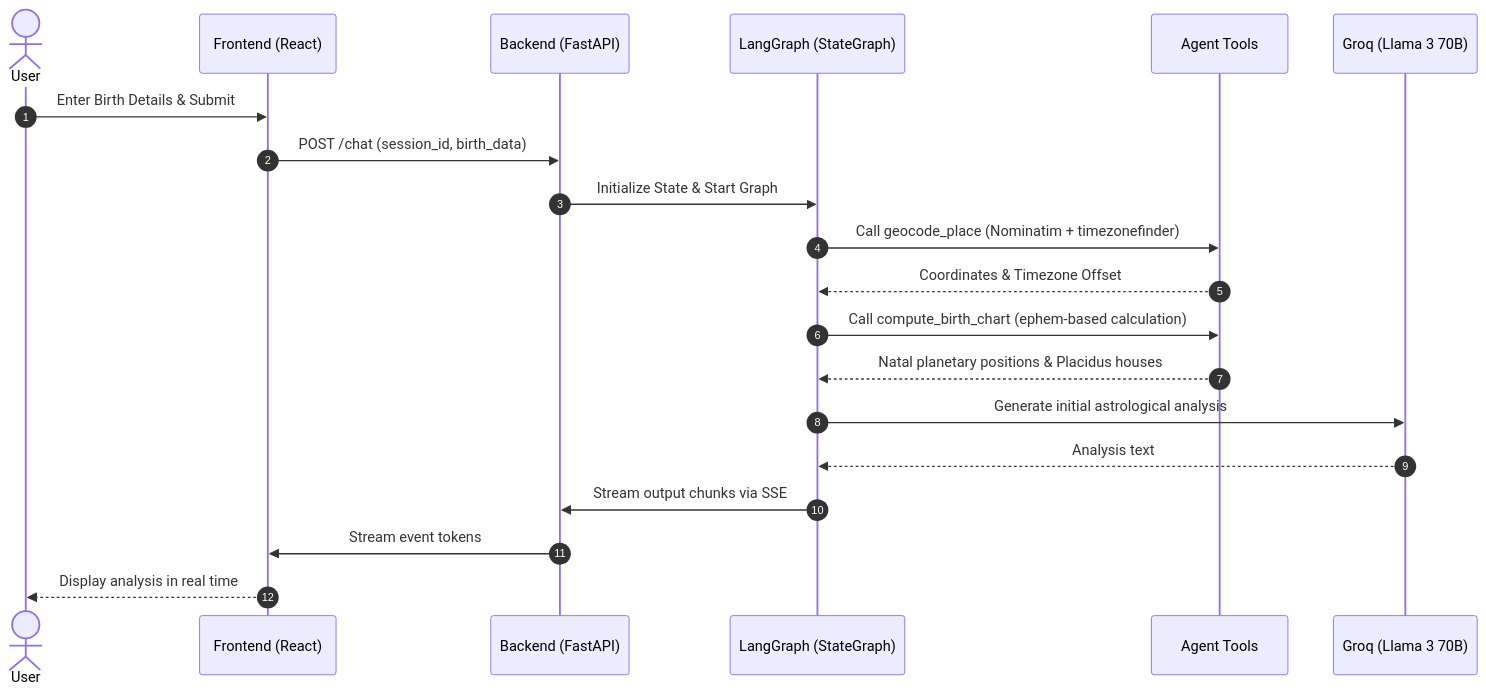
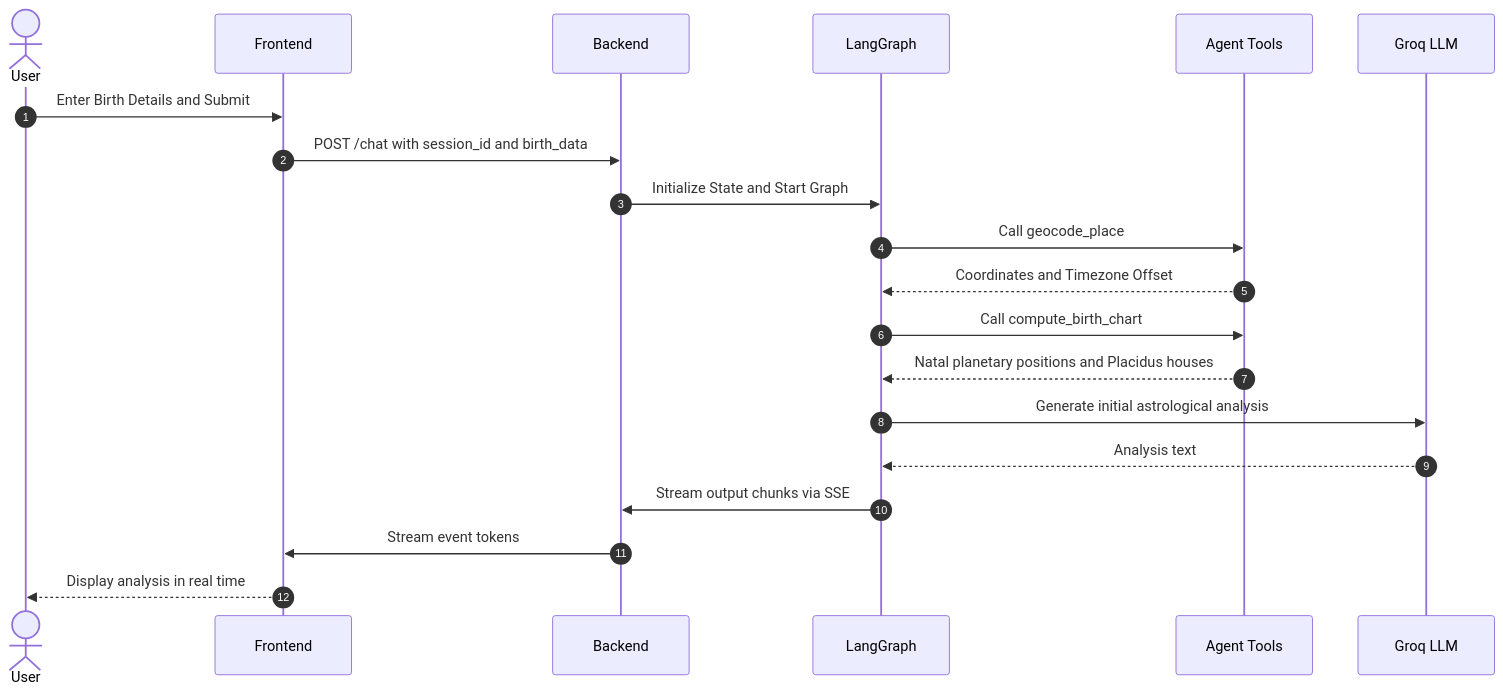
One commit to snehapandit2006/Aradhana changed the second of 2 diagrams in README.md. Above: the diagram before and after it, drawn with Mermaid. The commit also changed other lines of this file, not shown here.

Commit message:
fix: mermaid diagram syntax for GitHub rendering

````diff
--- a/README.md
+++ b/README.md
@@ -95,23 +95,23 @@
 ```mermaid
 sequenceDiagram
     autonumber
     actor User
-    participant FE as Frontend (React)
-    participant BE as Backend (FastAPI)
-    participant LG as LangGraph (StateGraph)
+    participant FE as Frontend
+    participant BE as Backend
+    participant LG as LangGraph
     participant Tools as Agent Tools
-    participant LLM as Groq (Llama 3 70B)
+    participant LLM as Groq LLM
 
-    User->>FE: Enter Birth Details & Submit
-    FE->>BE: POST /chat (session_id, birth_data)
-    BE->>LG: Initialize State & Start Graph
-    LG->>Tools: Call geocode_place (Nominatim + timezonefinder)
-    Tools-->>LG: Coordinates & Timezone Offset
-    LG->>Tools: Call compute_birth_chart (ephem-based calculation)
-    Tools-->>LG: Natal planetary positions & Placidus houses
+    User->>FE: Enter Birth Details and Submit
+    FE->>BE: POST /chat with session_id and birth_data
+    BE->>LG: Initialize State and Start Graph
+    LG->>Tools: Call geocode_place
+    Tools-->>LG: Coordinates and Timezone Offset
+    LG->>Tools: Call compute_birth_chart
+    Tools-->>LG: Natal planetary positions and Placidus houses
     LG->>LLM: Generate initial astrological analysis
     LLM-->>LG: Analysis text
     LG->>BE: Stream output chunks via SSE
     BE->>FE: Stream event tokens
     FE-->>User: Display analysis in real time
 ```
````
